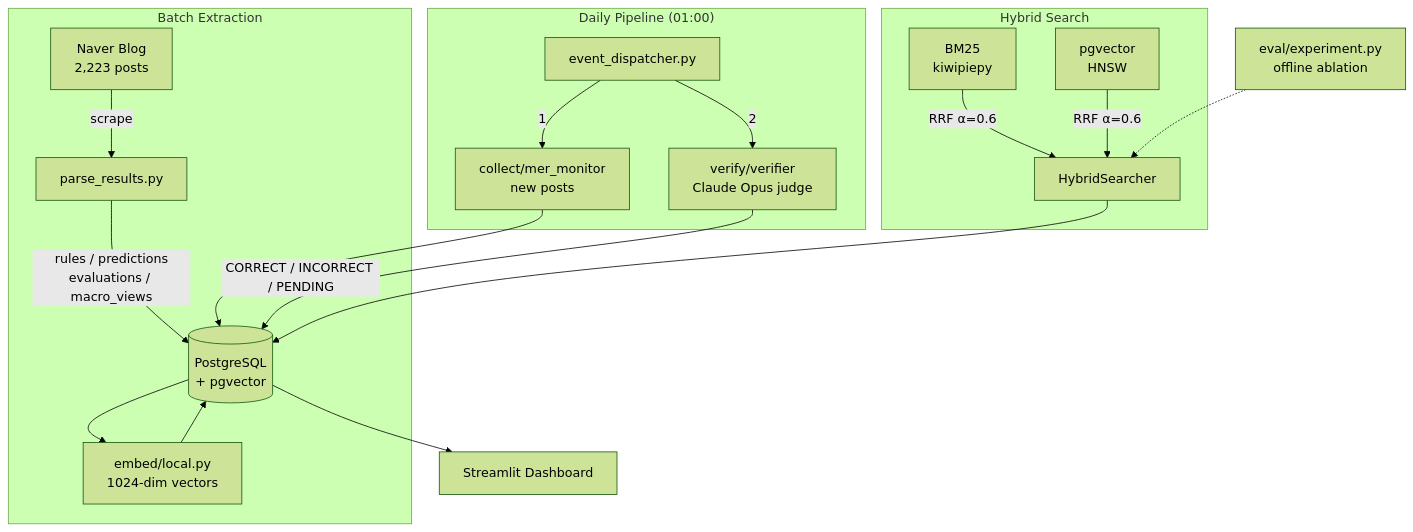
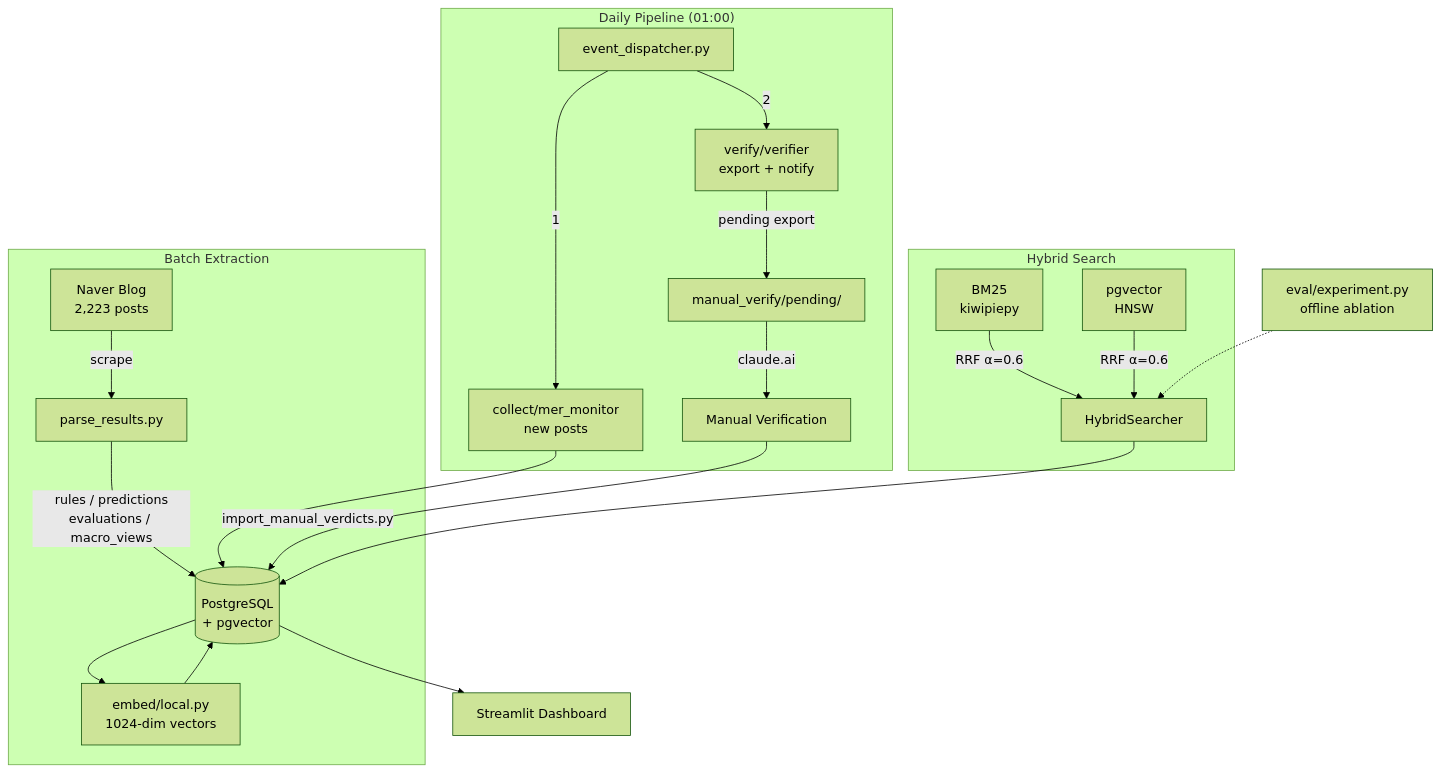
Before and after one commit to 11e3/mer-insight-pipeline: the diagram in README.md, drawn with Mermaid (forest theme). The commit also changed other lines of this file and 5 other files, not shown here.

First line of the commit message:
refactor: replace auto-verification with manual export + notify

````diff
--- a/README.md
+++ b/README.md
@@ -13,26 +13,28 @@
 ```mermaid
 flowchart TD
     subgraph Batch Extraction
         A[Naver Blog<br>2,223 posts] -->|scrape| B[parse_results.py]
         B -->|rules / predictions<br>evaluations / macro_views| C[(PostgreSQL<br>+ pgvector)]
         C --> EMB[embed/local.py<br>1024-dim vectors]
         EMB --> C
     end
 
     subgraph "Daily Pipeline (01:00)"
         ED[event_dispatcher.py] -->|1| MER[collect/mer_monitor<br>new posts]
-        ED -->|2| PV[verify/verifier<br>Claude Opus judge]
+        ED -->|2| PV[verify/verifier<br>export + notify]
         MER --> C
-        PV -->|CORRECT / INCORRECT / PENDING| C
+        PV -->|pending export| EX[manual_verify/pending/]
+        EX -->|claude.ai| MAN[Manual Verification]
+        MAN -->|import_manual_verdicts.py| C
     end
 
     subgraph Hybrid Search
         HS1[BM25<br>kiwipiepy] & HS2[pgvector<br>HNSW] -->|RRF α=0.6| HS3[HybridSearcher]
     end
 
     HS3 --> C
 
     C --> Q[Streamlit Dashboard]
 
     EV[eval/experiment.py<br>offline ablation] -.-> HS3
 ```
````
